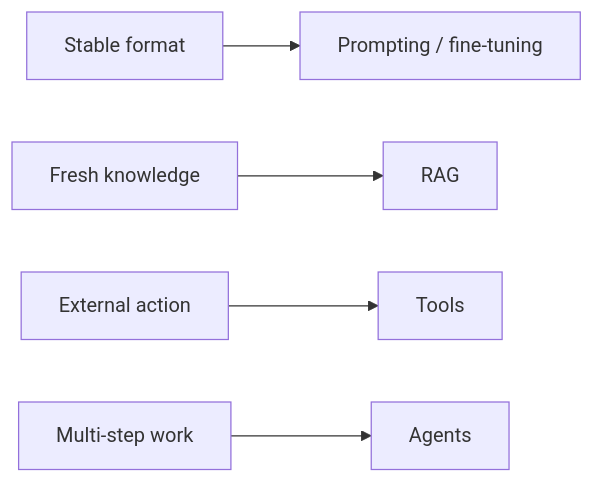
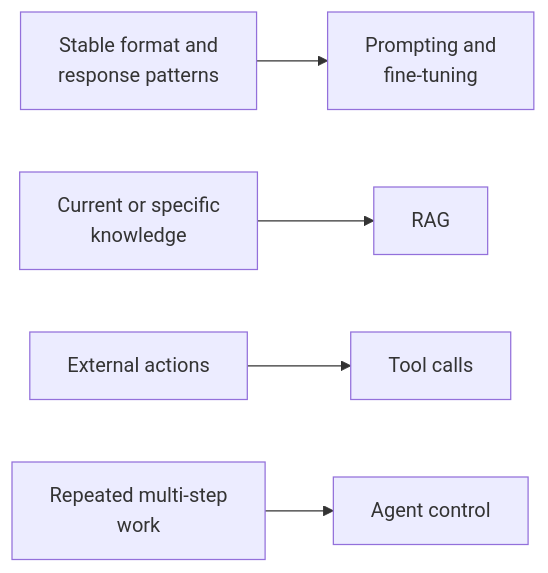
The second of 2 diagrams in articles/report/llm-training-finetuning-rag-agents/en/index.mdx (daylight55/research), drawn with Mermaid before and after one commit. The commit also changed other lines of this file and 181 other files, not shown here.

First line of the commit message:
全記事の図解368点を再生成し、共通注意書きを削除 (#402)

````diff
--- a/articles/report/llm-training-finetuning-rag-agents/en/index.mdx
+++ b/articles/report/llm-training-finetuning-rag-agents/en/index.mdx
@@ -81,7 +87,17 @@
 ```mermaid
 flowchart LR
-  A["Stable format"] --> B["Prompting / fine-tuning"]
-  C["Fresh knowledge"] --> D["RAG"]
-  E["External action"] --> F["Tools"]
-  G["Multi-step work"] --> H["Agents"]
+  accTitle: Choose a method from the requirement
+  accDescr: Format, current knowledge, external actions and multi-step work are distinct needs. Combine methods when necessary.
+  N0["Stable format and<br/>response patterns"]
+  N1["Prompting and<br/>fine-tuning"]
+  N2["Current or specific<br/>knowledge"]
+  N3["RAG"]
+  N4["External actions"]
+  N5["Tool calls"]
+  N6["Repeated multi-step<br/>work"]
+  N7["Agent control"]
+  N0 --> N1
+  N2 --> N3
+  N4 --> N5
+  N6 --> N7
 ```
````
